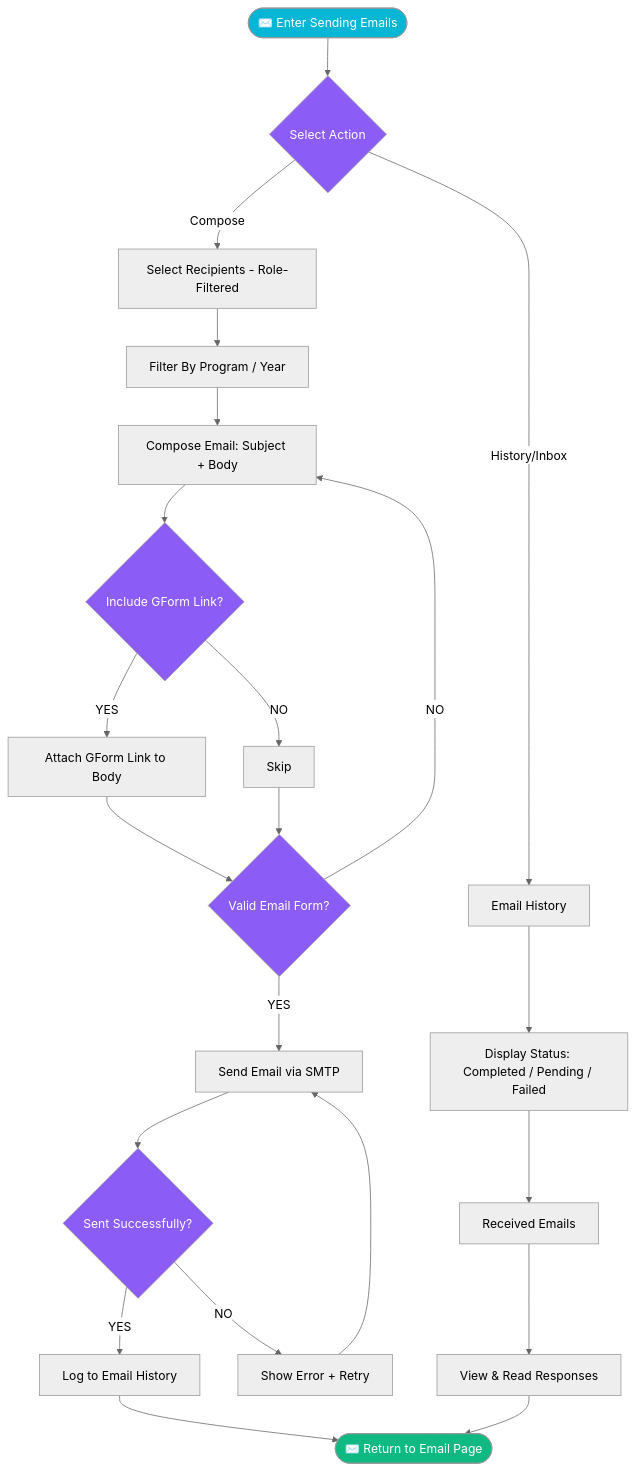
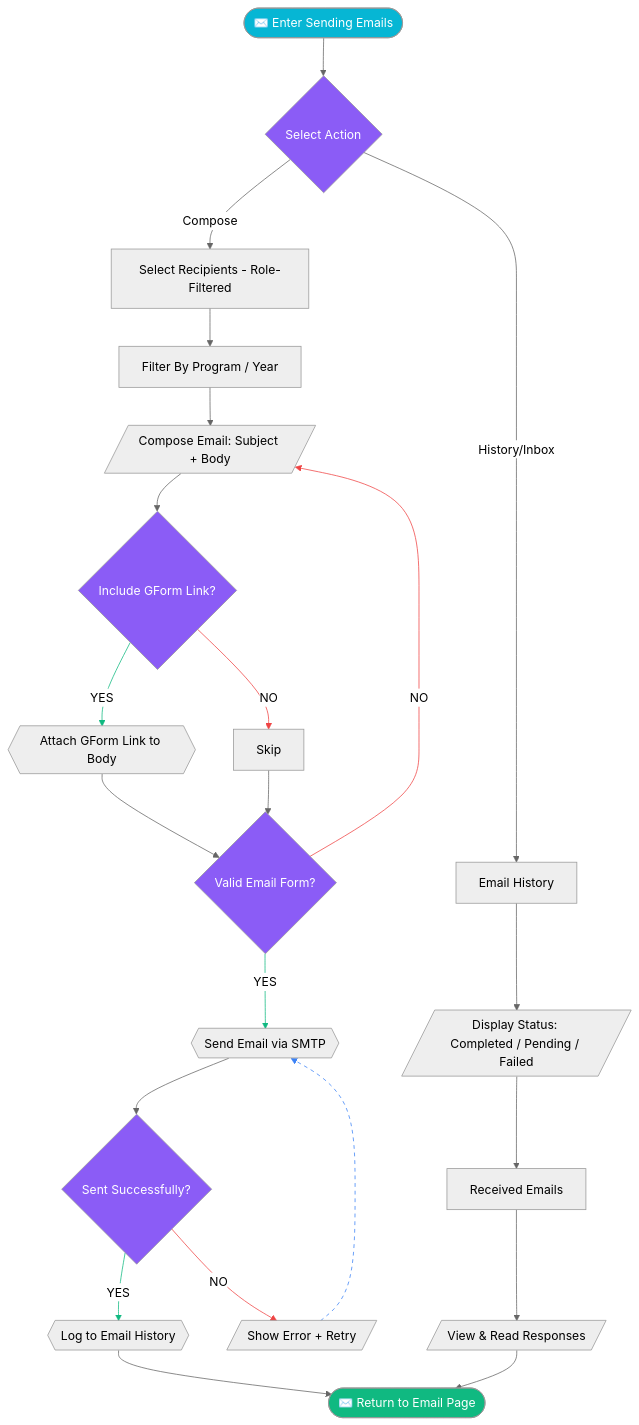
Before and after one commit to rakuya-khun/alumni-db: the eighth of 10 diagrams in docs/technical/alumni-db-flowcharts.md, drawn with Mermaid (neutral theme). The commit also changed other lines of this file, not shown here.

Commit message:
docs: flowchart mermaid markdown shape adjustment

````diff
--- a/docs/technical/alumni-db-flowcharts.md
+++ b/docs/technical/alumni-db-flowcharts.md
@@ -408,32 +451,39 @@
 ```mermaid
 flowchart TD
     A([✉️ Enter Sending Emails]) --> B{Select Action}
 
     B -- Compose --> C["Select Recipients - Role-Filtered"]
     C --> D["Filter By Program / Year"]
-    D --> E["Compose Email: Subject + Body"]
+    D --> E[/"Compose Email: Subject + Body"/]
     E --> F{Include GForm Link?}
-    F -- YES --> G["Attach GForm Link to Body"]
+    F -- YES --> G{{"Attach GForm Link to Body"}}
     F -- NO --> H[Skip]
     G & H --> I{Valid Email Form?}
     I -- NO --> E
-    I -- YES --> J["Send Email via SMTP"]
+    I -- YES --> J{{"Send Email via SMTP"}}
     J --> K{Sent Successfully?}
-    K -- YES --> L["Log to Email History"]
-    K -- NO --> M["Show Error + Retry"]
+    K -- YES --> L{{"Log to Email History"}}
+    K -- NO --> M[/"Show Error + Retry"/]
     M --> J
 
     B -- History/Inbox --> N[Email History]
-    N --> O["Display Status: Completed / Pending / Failed"]
+    N --> O[/"Display Status: Completed / Pending / Failed"/]
     O --> P[Received Emails]
-    P --> Q["View & Read Responses"]
+    P --> Q[/"View & Read Responses"/]
 
     L & Q --> R([✉️ Return to Email Page])
 
     style A fill:#06b6d4,color:#fff
     style R fill:#10b981,color:#fff
     style B fill:#8b5cf6,color:#fff
     style F fill:#8b5cf6,color:#fff
     style I fill:#8b5cf6,color:#fff
     style K fill:#8b5cf6,color:#fff
+    linkStyle 5 stroke:#10b981
+    linkStyle 6 stroke:#ef4444
+    linkStyle 9 stroke:#ef4444
+    linkStyle 10 stroke:#10b981
+    linkStyle 12 stroke:#10b981
+    linkStyle 13 stroke:#ef4444
+    linkStyle 14 stroke:#3b82f6,stroke-dasharray:5
 ```
````
